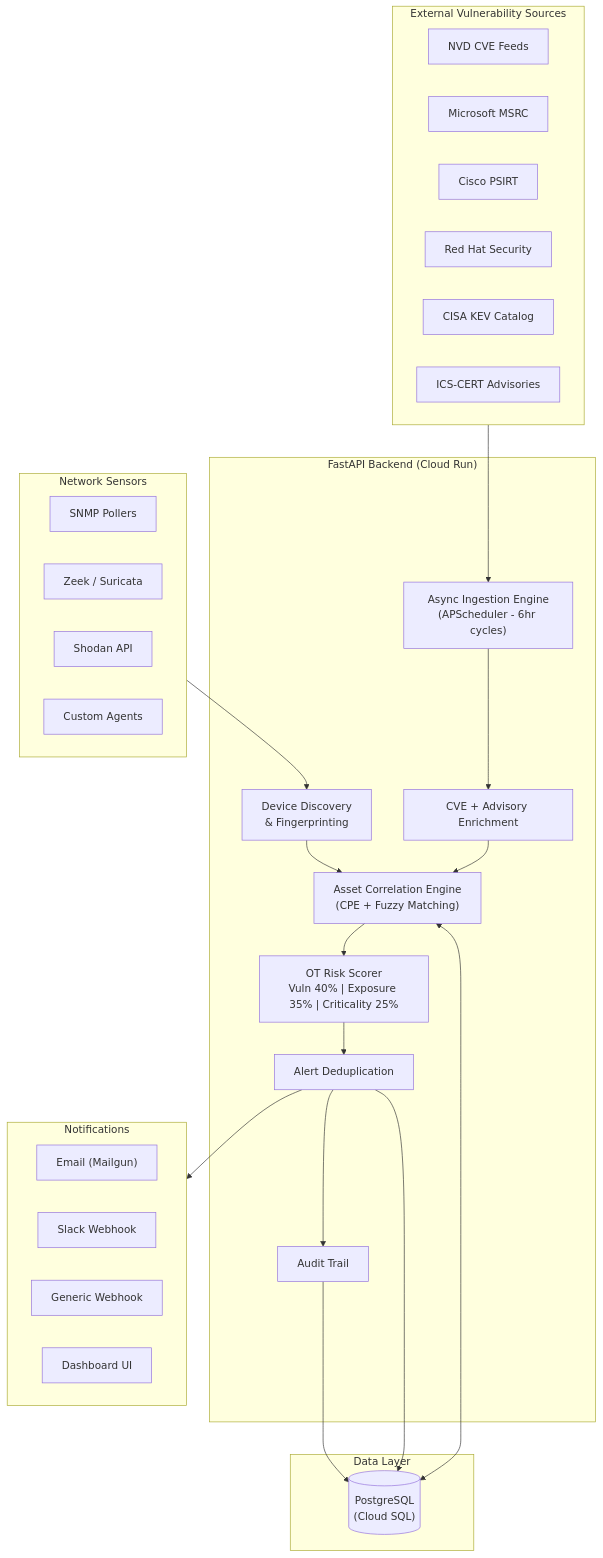
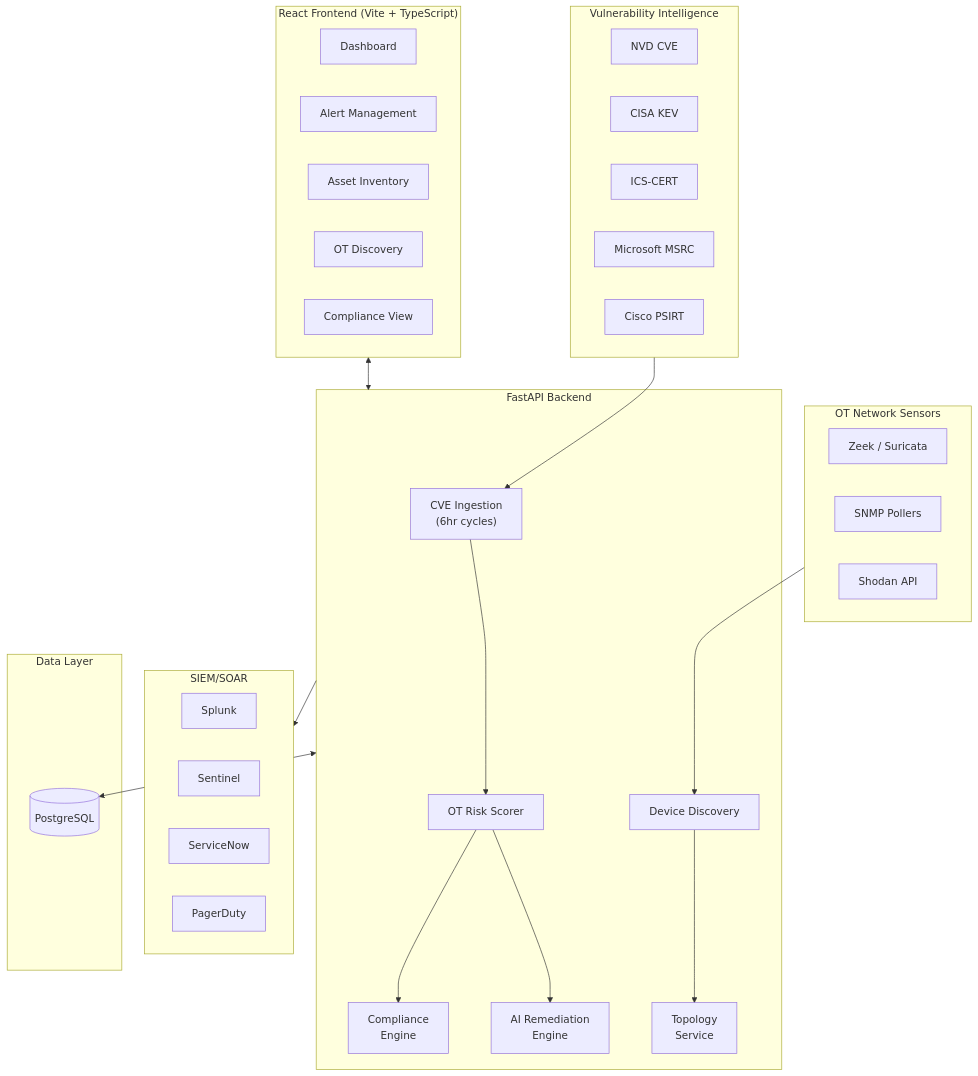
Before and after one commit to mangod12/OneAlert: the diagram in README.md, drawn with Mermaid. The commit also changed other lines of this file, not shown here.

First line of the commit message:
docs: rewrite README for OneAlert 2.0 — all 10 phases documented

````diff
--- a/README.md
+++ b/README.md
@@ -55,52 +80,54 @@
 ```mermaid
 flowchart TD
-    subgraph Sources["External Vulnerability Sources"]
-        NVD["NVD CVE Feeds"]
+    subgraph Sources["Vulnerability Intelligence"]
+        NVD["NVD CVE"]
+        KEV["CISA KEV"]
+        ICS["ICS-CERT"]
         MSRC["Microsoft MSRC"]
         CISCO["Cisco PSIRT"]
-        REDHAT["Red Hat Security"]
-        KEV["CISA KEV Catalog"]
-        ICS["ICS-CERT Advisories"]
     end
 
-    subgraph Sensors["Network Sensors"]
+    subgraph Sensors["OT Network Sensors"]
+        ZEEK["Zeek / Suricata"]
         SNMP["SNMP Pollers"]
-        ZEEK["Zeek / Suricata"]
         SHODAN["Shodan API"]
-        CUSTOM["Custom Agents"]
     end
 
-    subgraph Backend["FastAPI Backend (Cloud Run)"]
-        INGEST["Async Ingestion Engine\n(APScheduler - 6hr cycles)"]
-        ENRICH["CVE + Advisory Enrichment"]
-        DISCO["Device Discovery\n& Fingerprinting"]
-        CORRELATE["Asset Correlation Engine\n(CPE + Fuzzy Matching)"]
-        RISK["OT Risk Scorer\nVuln 40% | Exposure 35% | Criticality 25%"]
-        DEDUP["Alert Deduplication"]
-        AUDIT["Audit Trail"]
+    subgraph Backend["FastAPI Backend"]
+        INGEST["CVE Ingestion\n(6hr cycles)"]
+        DISCO["Device Discovery"]
+        REMEDIATE["AI Remediation\nEngine"]
+        COMPLY["Compliance\nEngine"]
+        RISK["OT Risk Scorer"]
+        TOPO["Topology\nService"]
+    end
+
+    subgraph Frontend["React Frontend (Vite + TypeScript)"]
+        DASH["Dashboard"]
+        ALERTS["Alert Management"]
+        ASSETS["Asset Inventory"]
+        OT["OT Discovery"]
+        COMP_UI["Compliance View"]
     end
 
     subgraph Storage["Data Layer"]
-        DB[("PostgreSQL\n(Cloud SQL)")]
+        DB[("PostgreSQL")]
     end
 
-    subgraph Notify["Notifications"]
-        EMAIL["Email (Mailgun)"]
-        SLACK["Slack Webhook"]
-        WEBHOOK["Generic Webhook"]
-        DASH["Dashboard UI"]
+    subgraph Integrations["SIEM/SOAR"]
+        SPLUNK["Splunk"]
+        SENTINEL["Sentinel"]
+        SNOW["ServiceNow"]
+        PD["PagerDuty"]
     end
 
     Sources --> INGEST
     Sensors --> DISCO
-    INGEST --> ENRICH
-    ENRICH --> CORRELATE
-    DISCO --> CORRELATE
-    CORRELATE --> RISK
-    RISK --> DEDUP
-    DEDUP --> AUDIT
-    CORRELATE <--> DB
-    DEDUP --> DB
-    AUDIT --> DB
-    DEDUP --> Notify
+    INGEST --> RISK
+    DISCO --> TOPO
+    RISK --> REMEDIATE
+    RISK --> COMPLY
+    Backend <--> DB
+    Backend --> Integrations
+    Frontend <--> Backend
 ```
````
